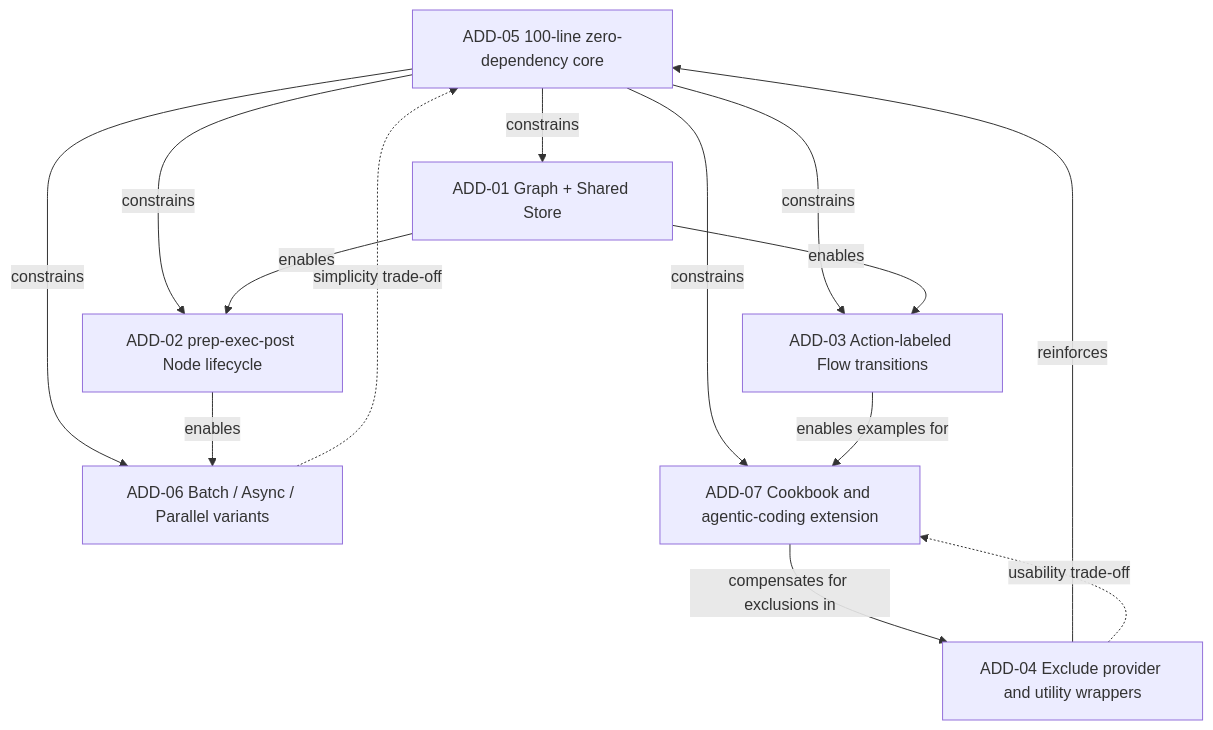
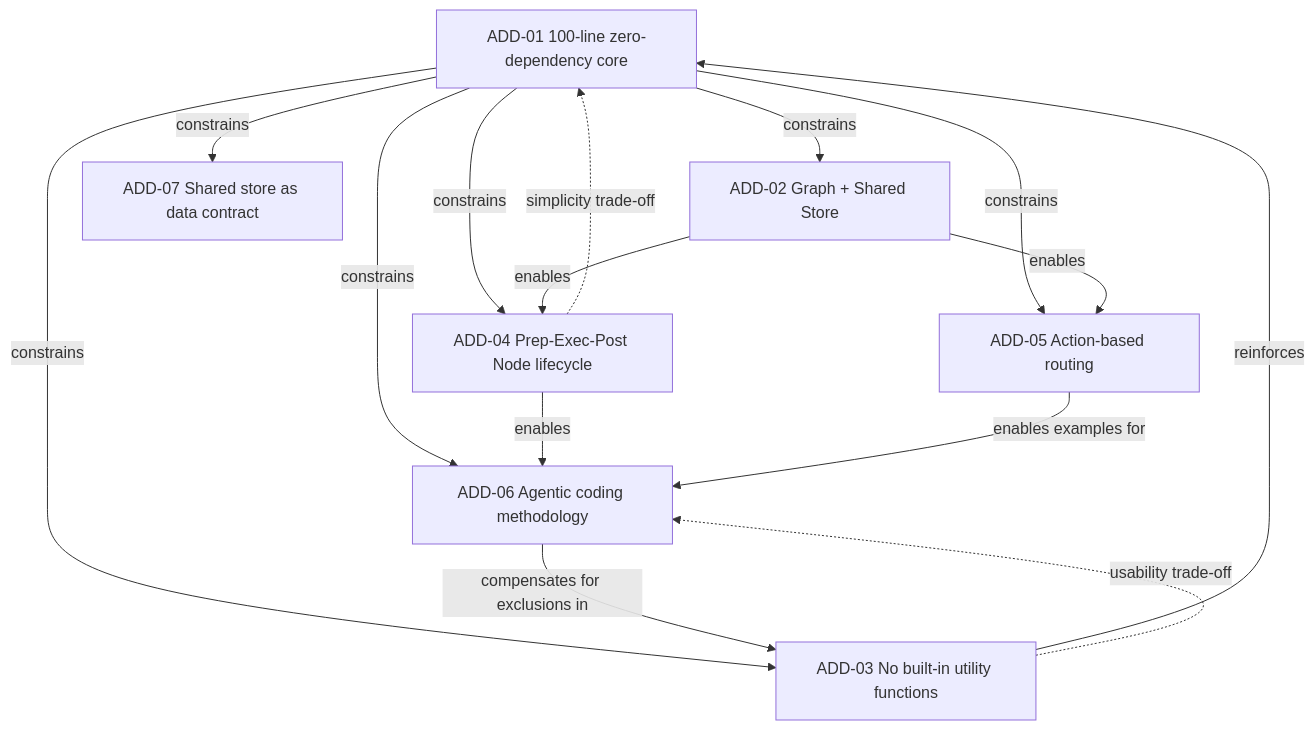
The diagram in README.md (lauronjohn/PocketFlow-Minimalist-LLM-Agent-Framework), drawn with Mermaid before and after one commit. The commit also changed other lines of this file, not shown here.

Commit message:
docs: update Architecture Design Decisions section with 7 key decisions and their relationships

````diff
--- a/README.md
+++ b/README.md
@@ -354,24 +354,25 @@
 ```mermaid
 graph TD
-    ADD05["ADD-05 100-line zero-dependency core"]
-    ADD01["ADD-01 Graph + Shared Store"]
-    ADD02["ADD-02 prep-exec-post Node lifecycle"]
-    ADD03["ADD-03 Action-labeled Flow transitions"]
-    ADD04["ADD-04 Exclude provider and utility wrappers"]
-    ADD06["ADD-06 Batch / Async / Parallel variants"]
-    ADD07["ADD-07 Cookbook and agentic-coding extension"]
+    ADD01["ADD-01 100-line zero-dependency core"]
+    ADD02["ADD-02 Graph + Shared Store"]
+    ADD03["ADD-03 No built-in utility functions"]
+    ADD04["ADD-04 Prep-Exec-Post Node lifecycle"]
+    ADD05["ADD-05 Action-based routing"]
+    ADD06["ADD-06 Agentic coding methodology"]
+    ADD07["ADD-07 Shared store as data contract"]
 
-    ADD05 -->|constrains| ADD01
-    ADD05 -->|constrains| ADD02
-    ADD05 -->|constrains| ADD03
-    ADD05 -->|constrains| ADD06
-    ADD05 -->|constrains| ADD07
-    ADD01 -->|enables| ADD02
-    ADD01 -->|enables| ADD03
-    ADD02 -->|enables| ADD06
-    ADD03 -->|enables examples for| ADD07
-    ADD04 -->|reinforces| ADD05
-    ADD04 -.->|usability trade-off| ADD07
-    ADD06 -.->|simplicity trade-off| ADD05
-    ADD07 -->|compensates for exclusions in| ADD04
+    ADD01 -->|constrains| ADD02
+    ADD01 -->|constrains| ADD03
+    ADD01 -->|constrains| ADD04
+    ADD01 -->|constrains| ADD05
+    ADD01 -->|constrains| ADD06
+    ADD01 -->|constrains| ADD07
+    ADD02 -->|enables| ADD04
+    ADD02 -->|enables| ADD05
+    ADD04 -->|enables| ADD06
+    ADD05 -->|enables examples for| ADD06
+    ADD03 -->|reinforces| ADD01
+    ADD03 -.->|usability trade-off| ADD06
+    ADD04 -.->|simplicity trade-off| ADD01
+    ADD06 -->|compensates for exclusions in| ADD03
 ```
````
